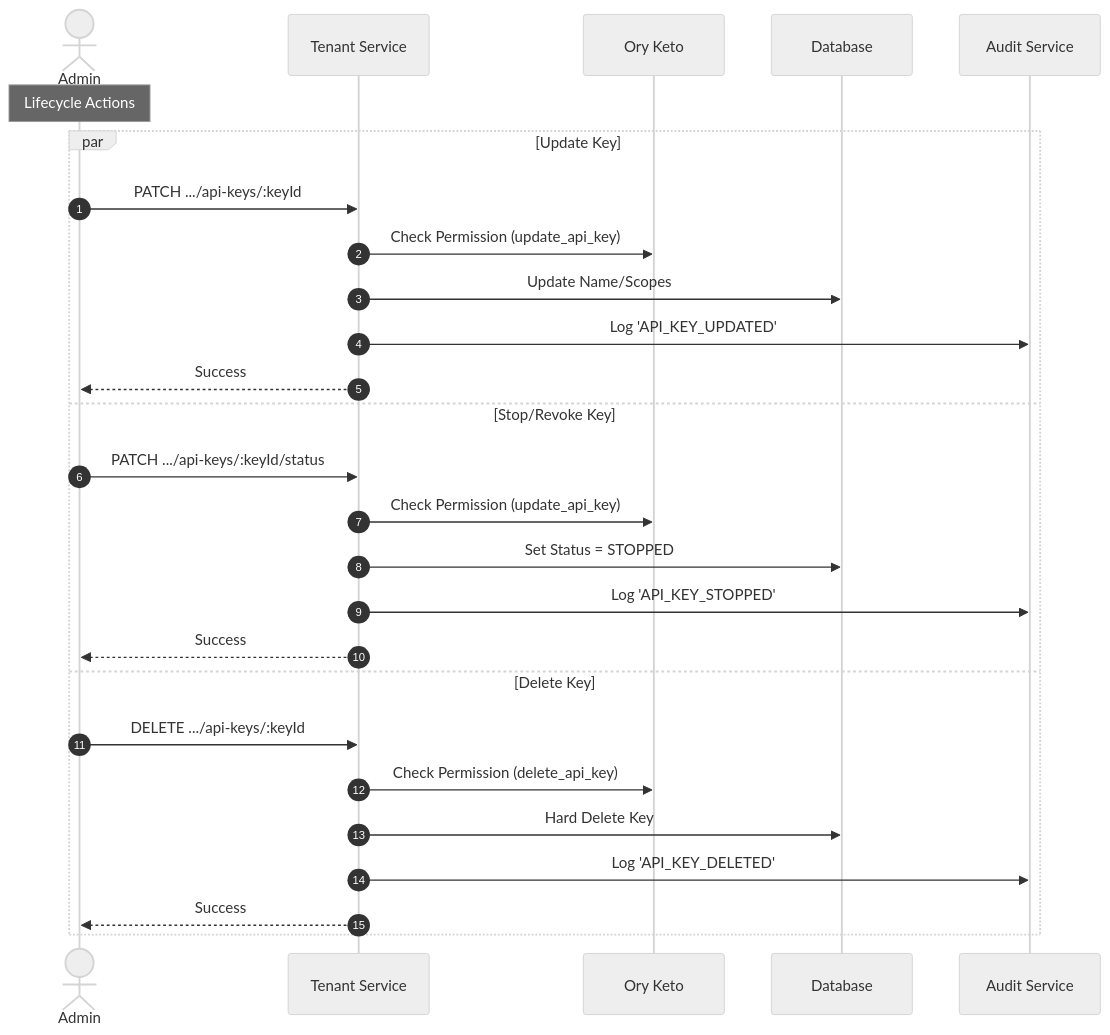
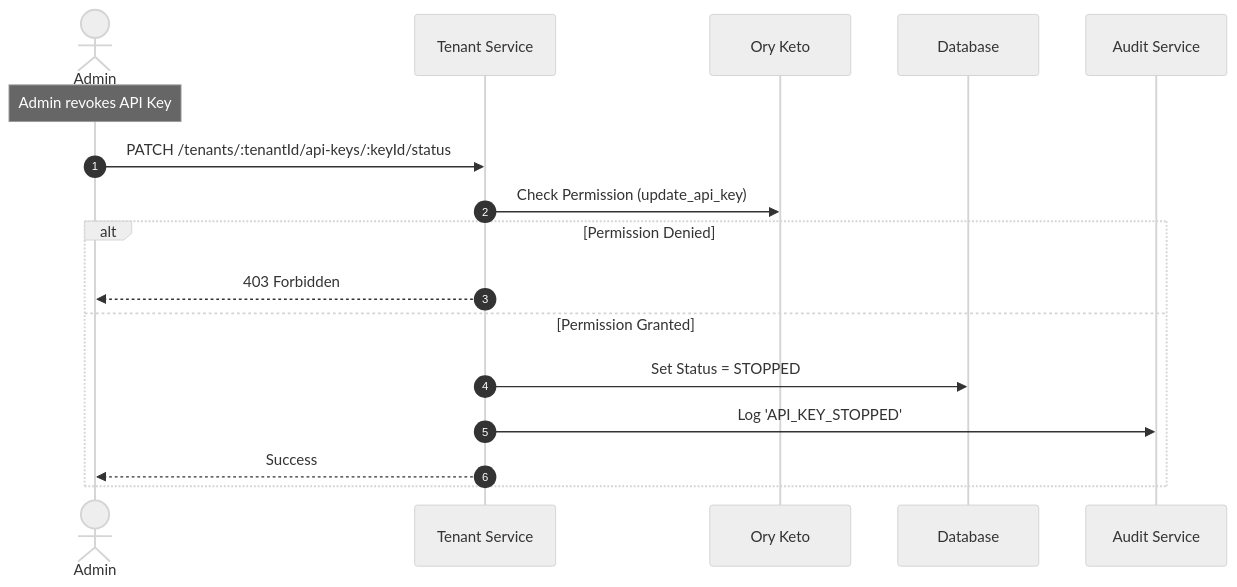
The tenth of 17 diagrams in README.md (Digital-Rogue-Wave/referral-pulse-tenant-svc), drawn with Mermaid (neutral theme) before and after one commit. The commit also changed other lines of this file and 33 other files, not shown here.

````diff
--- a/README.md
+++ b/README.md
@@ -233,31 +342,20 @@
 ```mermaid
 sequenceDiagram
     autonumber
     actor Admin
     participant TS as Tenant Service
     participant Keto as Ory Keto
     participant DB as Database
     participant Audit as Audit Service
 
-    Note over Admin: Lifecycle Actions
-
-    par Update Key
-        Admin->>TS: PATCH .../api-keys/:keyId
-        TS->>Keto: Check Permission (update_api_key)
-        TS->>DB: Update Name/Scopes
-        TS->>Audit: Log 'API_KEY_UPDATED'
-        TS-->>Admin: Success
-    and Stop/Revoke Key
-        Admin->>TS: PATCH .../api-keys/:keyId/status
-        TS->>Keto: Check Permission (update_api_key)
+    Note over Admin: Admin revokes API Key
+    Admin->>TS: PATCH /tenants/:tenantId/api-keys/:keyId/status
+    TS->>Keto: Check Permission (update_api_key)
+    alt Permission Denied
+        TS-->>Admin: 403 Forbidden
+    else Permission Granted
         TS->>DB: Set Status = STOPPED
         TS->>Audit: Log 'API_KEY_STOPPED'
         TS-->>Admin: Success
-    and Delete Key
-        Admin->>TS: DELETE .../api-keys/:keyId
-        TS->>Keto: Check Permission (delete_api_key)
-        TS->>DB: Hard Delete Key
-        TS->>Audit: Log 'API_KEY_DELETED'
-        TS-->>Admin: Success
     end
 ```
````
